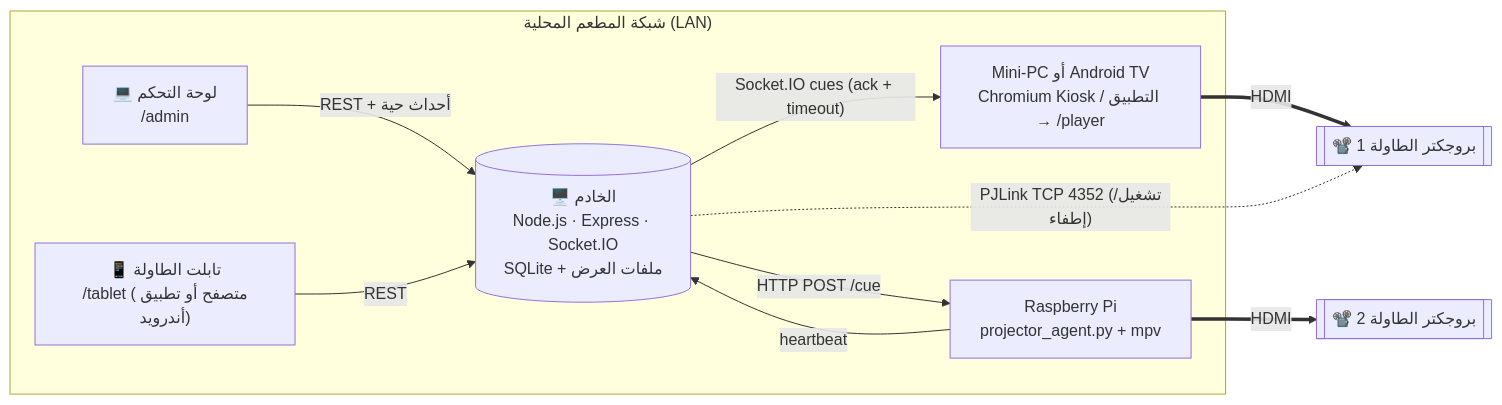
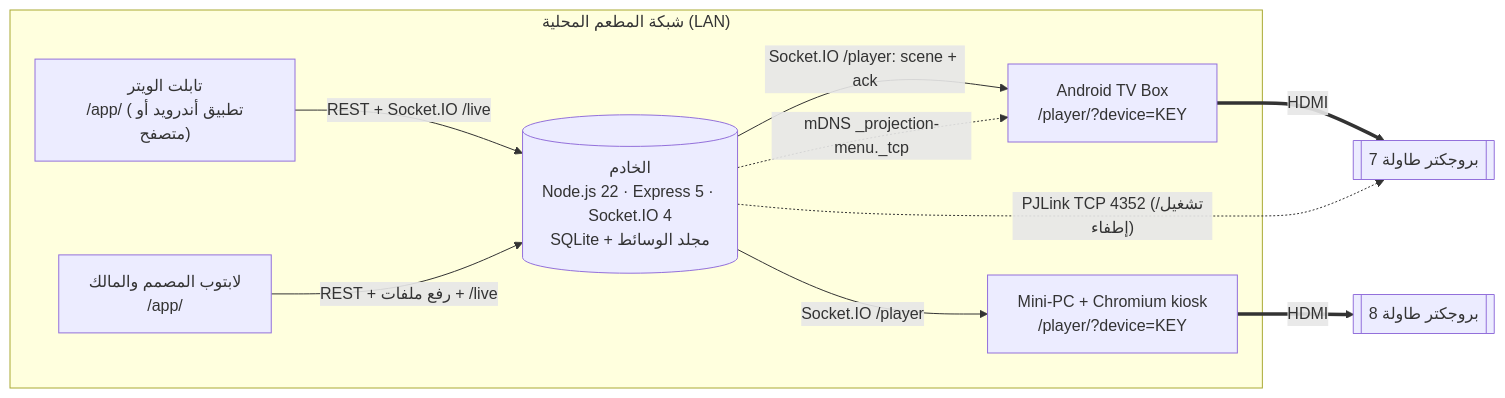
The first of 3 diagrams in projection-menu/README.md (Husam858e/Alshams), drawn with Mermaid before and after one commit. The commit also changed other lines of this file and 35 other files, not shown here.

````diff
--- a/projection-menu/README.md
+++ b/projection-menu/README.md
@@ -23,21 +289,21 @@
 ```mermaid
 flowchart LR
   subgraph LAN["شبكة المطعم المحلية (LAN)"]
-    ADMIN["💻 لوحة التحكم<br/>/admin"]
-    TAB["📱 تابلت الطاولة<br/>/tablet (متصفح أو تطبيق أندرويد)"]
-    SRV[("🖥️ الخادم<br/>Node.js · Express · Socket.IO<br/>SQLite + ملفات العرض")]
-    PLAYER["Mini-PC أو Android TV<br/>Chromium Kiosk / التطبيق → /player"]
-    AGENT["Raspberry Pi<br/>projector_agent.py + mpv"]
+    SRV[("الخادم<br/>Node.js 22 · Express 5 · Socket.IO 4<br/>SQLite + مجلد الوسائط")]
+    W["تابلت الويتر<br/>/app/ (تطبيق أندرويد أو متصفح)"]
+    D["لابتوب المصمم والمالك<br/>/app/"]
+    TV["Android TV Box<br/>/player/?device=KEY"]
+    PC["Mini-PC + Chromium kiosk<br/>/player/?device=KEY"]
   end
-  P1[["📽️ بروجكتر الطاولة 1"]]
-  P2[["📽️ بروجكتر الطاولة 2"]]
+  P1[["بروجكتر طاولة 7"]]
+  P2[["بروجكتر طاولة 8"]]
 
-  ADMIN -- "REST + أحداث حية" --> SRV
-  TAB -- REST --> SRV
-  SRV -- "Socket.IO cues (ack + timeout)" --> PLAYER
-  SRV -- "HTTP POST /cue" --> AGENT
-  AGENT -- heartbeat --> SRV
-  PLAYER == HDMI ==> P1
-  AGENT == HDMI ==> P2
+  W -- "REST + Socket.IO /live" --> SRV
+  D -- "REST + رفع ملفات + /live" --> SRV
+  SRV -- "Socket.IO /player: scene + ack" --> TV
+  SRV -- "Socket.IO /player" --> PC
+  TV == HDMI ==> P1
+  PC == HDMI ==> P2
   SRV -. "PJLink TCP 4352 (تشغيل/إطفاء)" .-> P1
+  SRV -. "mDNS _projection-menu._tcp" .-> TV
 ```
````
